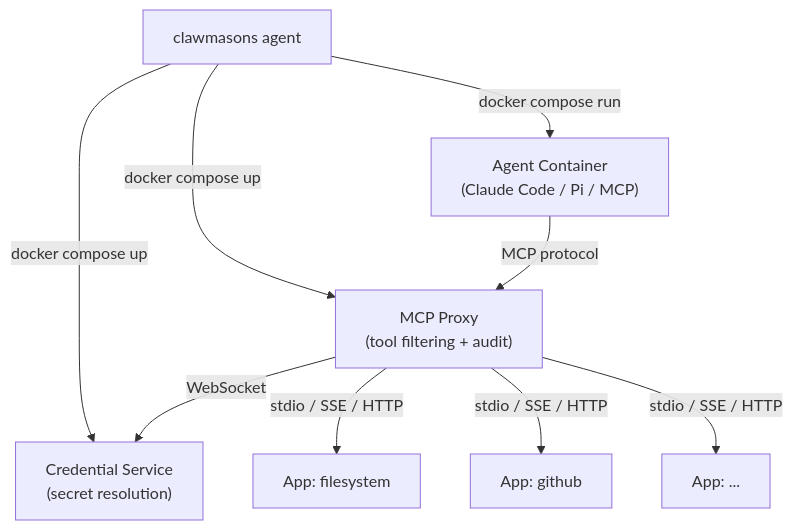
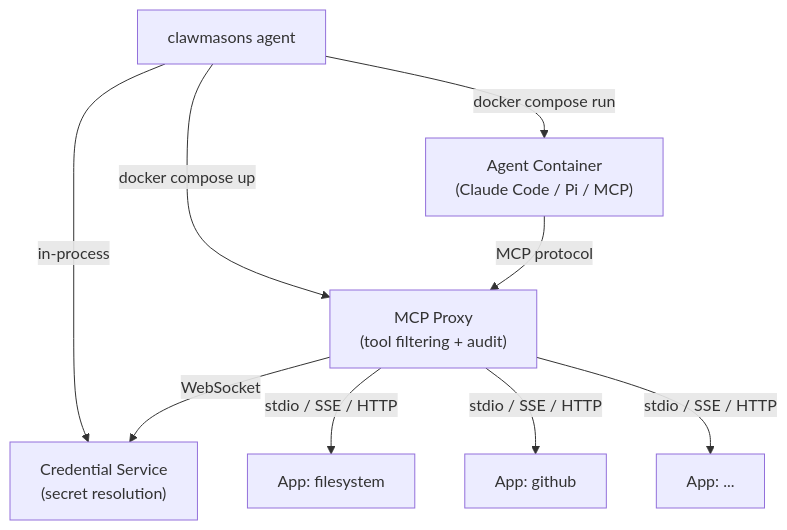
Before and after one commit to clawmasons/mason: the first of 5 diagrams in docs/architecture.md, drawn with Mermaid. The commit also changed other lines of this file and 19 other files, not shown here.

````diff
--- a/docs/architecture.md
+++ b/docs/architecture.md
@@ -12,13 +12,13 @@
 ```mermaid
 graph TB
     CLI["clawmasons agent"]
     CLI -->|docker compose up| Proxy["MCP Proxy<br/>(tool filtering + audit)"]
-    CLI -->|docker compose up| CredSvc["Credential Service<br/>(secret resolution)"]
     CLI -->|docker compose run| Agent["Agent Container<br/>(Claude Code / Pi / MCP)"]
+    CLI -->|in-process| CredSvc["Credential Service<br/>(secret resolution)"]
 
     Agent -->|MCP protocol| Proxy
     Proxy -->|WebSocket| CredSvc
     Proxy -->|stdio / SSE / HTTP| App1["App: filesystem"]
     Proxy -->|stdio / SSE / HTTP| App2["App: github"]
     Proxy -->|stdio / SSE / HTTP| AppN["App: ..."]
 ```
````
